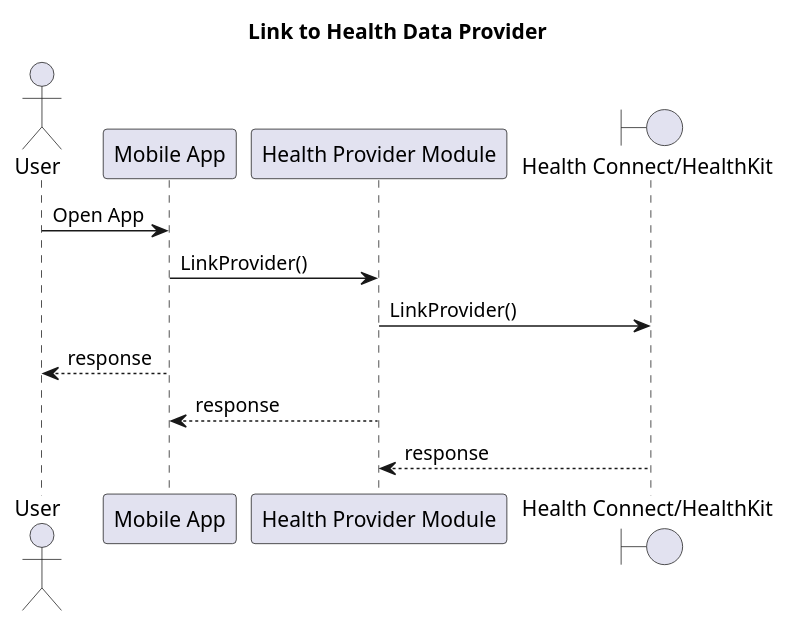
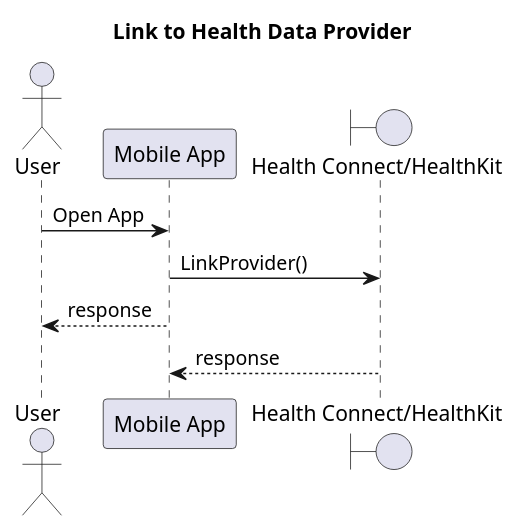
Before and after one commit to ruben-du-toit/aurii-app-service: the diagram in etc/diagrams/link-to-health-data-provider-sequence.puml, drawn with PlantUML. The commit also changed 2 other files, not shown here.

Commit message:
Updated diagrams based on change to device activity retrieval

```diff
--- a/etc/diagrams/link-to-health-data-provider-sequence.puml
+++ b/etc/diagrams/link-to-health-data-provider-sequence.puml
@@ -1,23 +1,20 @@
 @startuml
 
 title: Link to Health Data Provider
 
 actor           "User"                     as User
 participant     "Mobile App"                as App
 'participant     "Coach Module"              as Coach
 'participant     "LLM Interface Module"      as LLMInterface
 'participant     "Activity Module"           as Activity
-participant     "Health Provider Module"    as Health
 'database        "Activity Database"         as ActivityDb
 boundary        "Health Connect/HealthKit"                       as HP
 
 
 
 User -> App: Open App
-App -> Health: LinkProvider()
-Health -> HP: LinkProvider()
+App -> HP: LinkProvider()
 User <-- App: response
-App <-- Health: response
-Health <-- HP: response
+App <-- HP: response
 
 @enduml
```
